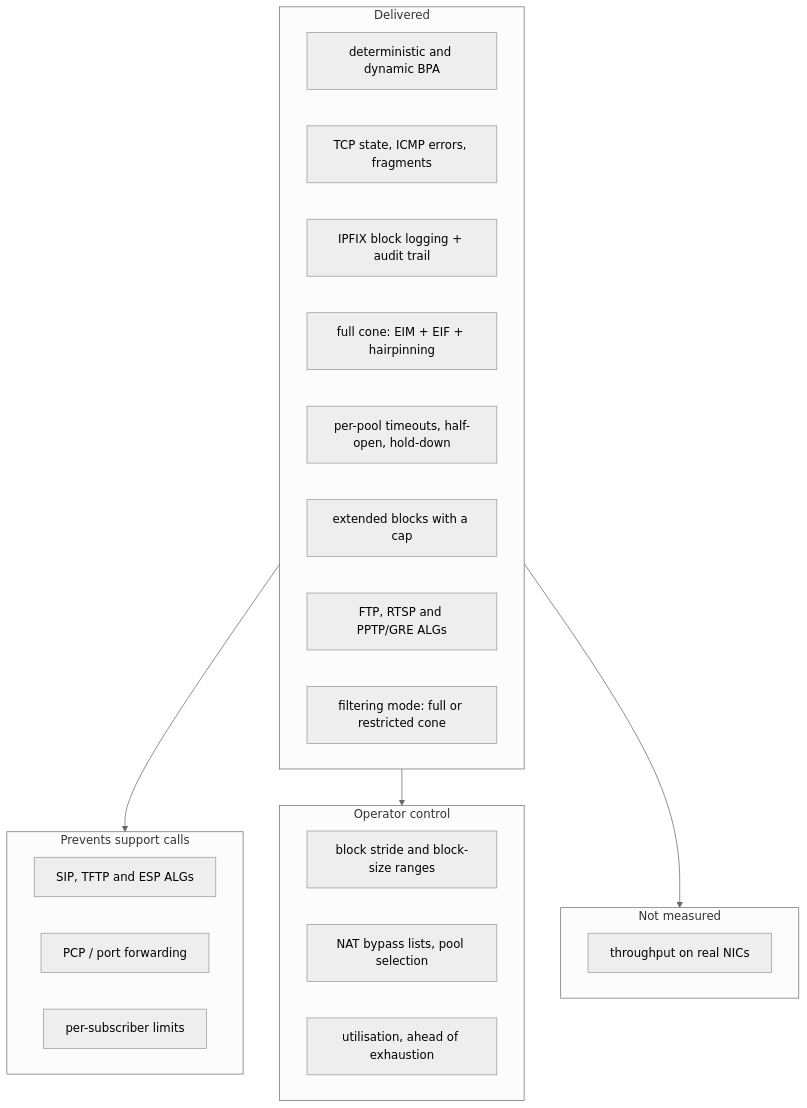
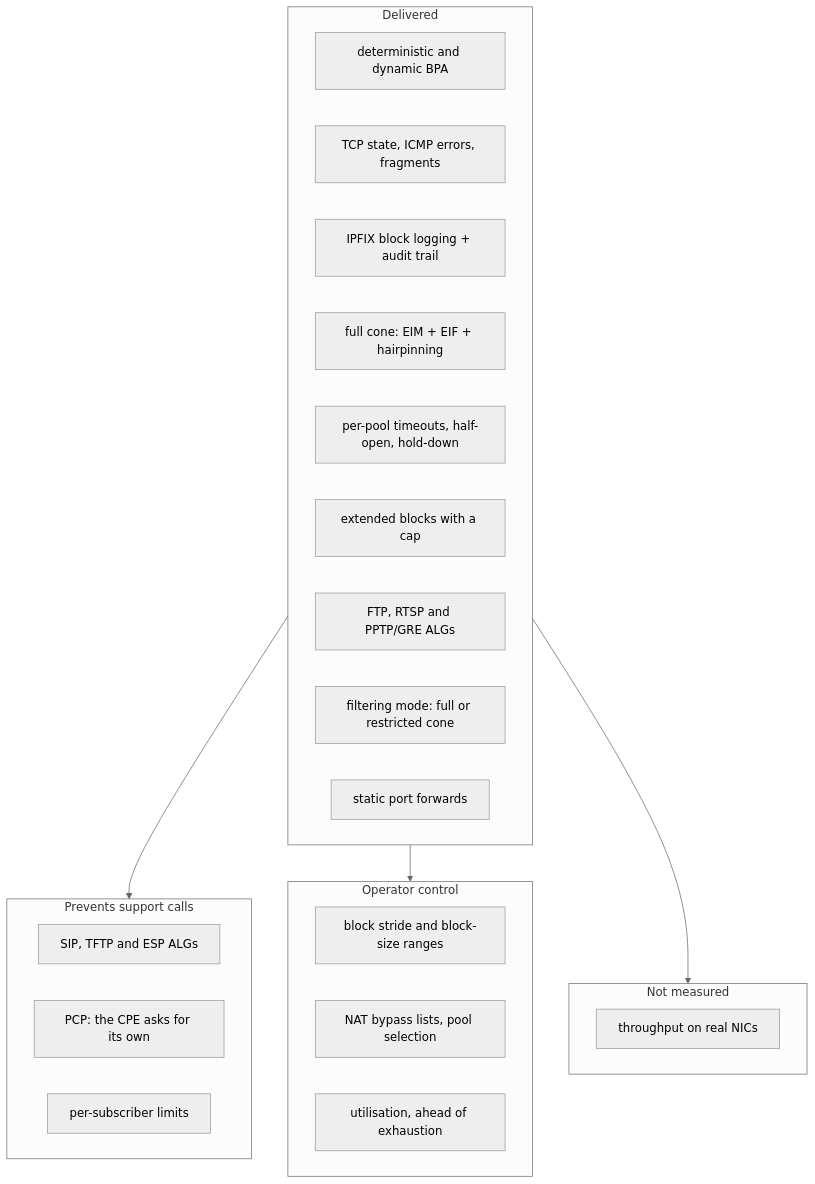
One commit to andrediashexa/prismarouting changed the first of 2 diagrams in docs/roadmap.md. Above: the diagram before and after it, drawn with Mermaid (neutral theme). The commit also changed other lines of this file and 21 other files, not shown here.

First line of the commit message:
Static port forwarding for a subscriber (#17)

````diff
--- a/docs/roadmap.md
+++ b/docs/roadmap.md
@@ -46,29 +51,30 @@
 ```mermaid
 flowchart TD
     subgraph now["Delivered"]
         A["deterministic and dynamic BPA"]
         B["TCP state, ICMP errors, fragments"]
         C["IPFIX block logging + audit trail"]
         D["full cone: EIM + EIF + hairpinning"]
         I["per-pool timeouts, half-open, hold-down"]
         J["extended blocks with a cap"]
         E["FTP, RTSP and PPTP/GRE ALGs"]
         K["filtering mode: full or restricted cone"]
+        F["static port forwards"]
     end
     subgraph calls["Prevents support calls"]
         E2["SIP, TFTP and ESP ALGs"]
-        G["PCP / port forwarding"]
+        G["PCP: the CPE asks for its own"]
         H["per-subscriber limits"]
     end
     subgraph control["Operator control"]
         J2["block stride and block-size ranges"]
         L["NAT bypass lists, pool selection"]
         U["utilisation, ahead of exhaustion"]
     end
     subgraph unknown["Not measured"]
         P["throughput on real NICs"]
     end
     now --> calls
     now --> control
     now --> unknown
 ```
````
